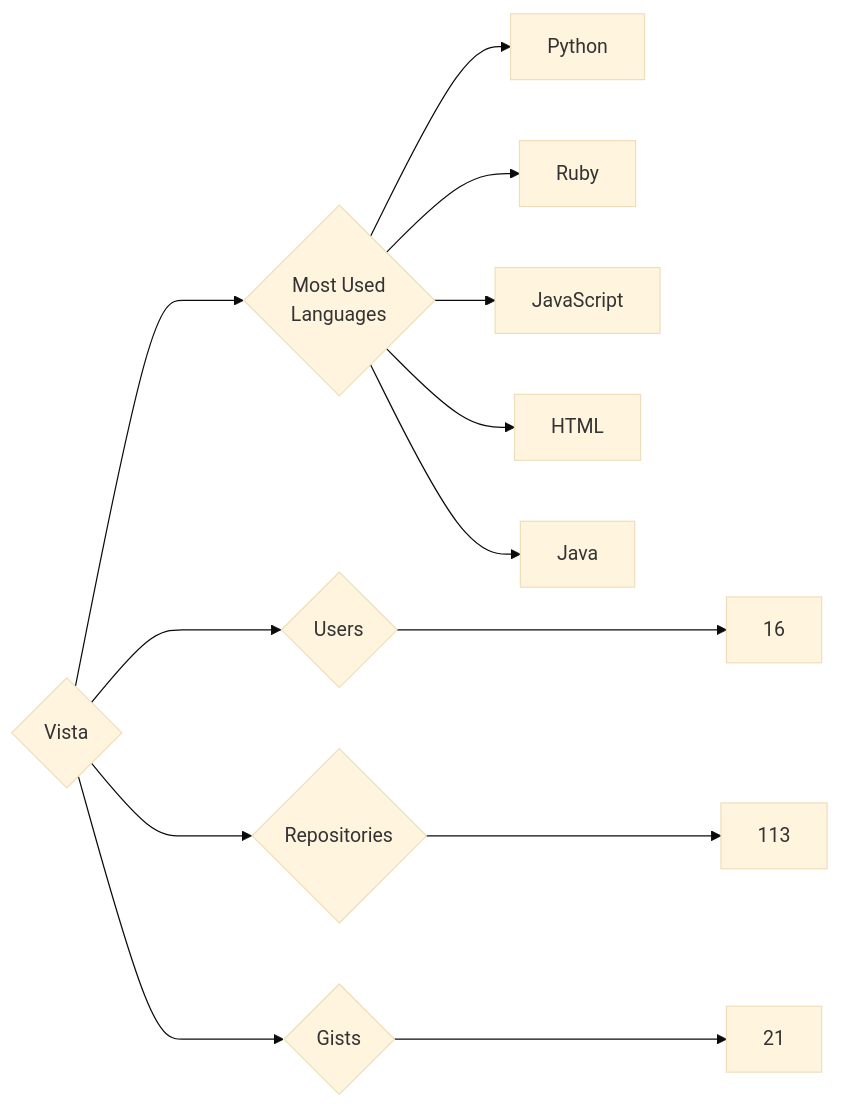
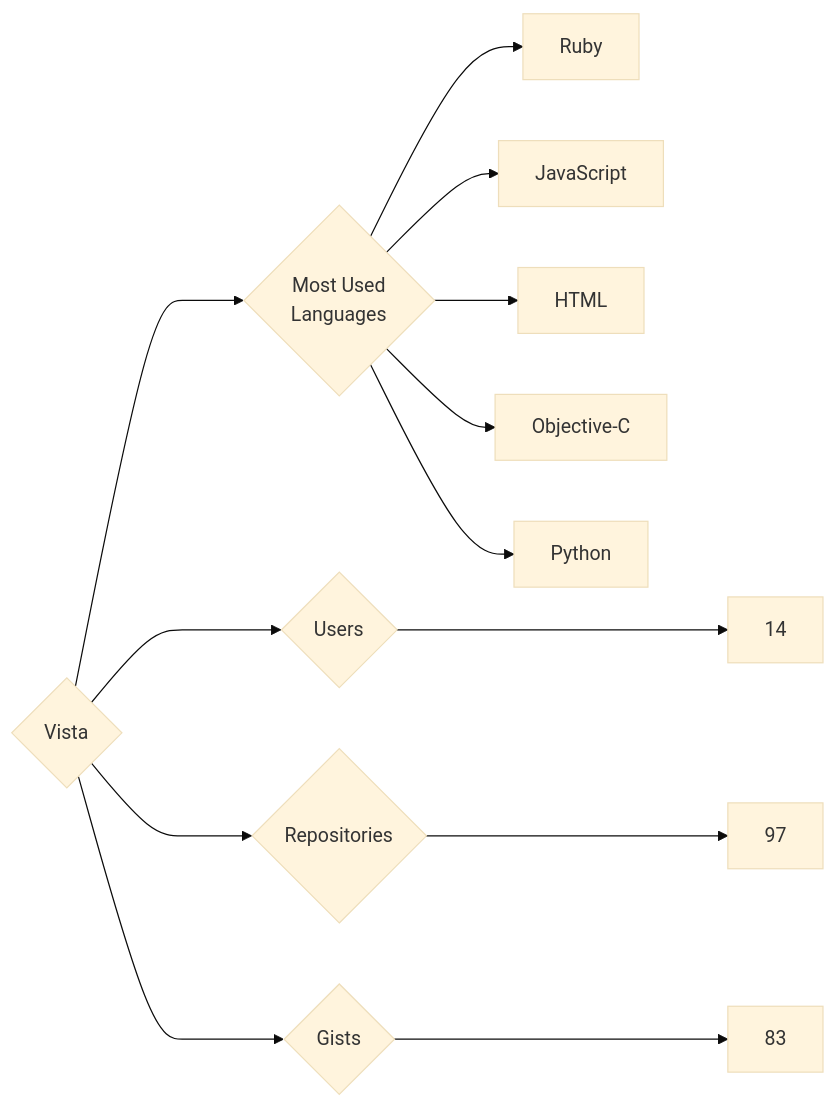
One commit to trickest/insiders changed the diagram in targets/Vista/README.md. Above: the diagram before and after it, drawn with Mermaid (base theme). The commit also changed 928 other files, not shown here.

````diff
--- a/targets/Vista/README.md
+++ b/targets/Vista/README.md
@@ -3,13 +3,13 @@
 ```mermaid
 graph LR
 COMPANY_NAME{Vista}
-COMPANY_NAME ---> U{Users} ---> UN[16]
-COMPANY_NAME ---> R{Repositories} ---> RN[113]
-COMPANY_NAME ---> G{Gists} ---> GN[21]
+COMPANY_NAME ---> U{Users} ---> UN[14]
+COMPANY_NAME ---> R{Repositories} ---> RN[97]
+COMPANY_NAME ---> G{Gists} ---> GN[83]
 COMPANY_NAME ---> ML{Most Used<br>Languages}
-ML --> Python[Python]
 ML --> Ruby[Ruby]
 ML --> JavaScript[JavaScript]
 ML --> HTML[HTML]
-ML --> Java[Java]
+ML --> Objective-C[Objective-C]
+ML --> Python[Python]
 ```
````
